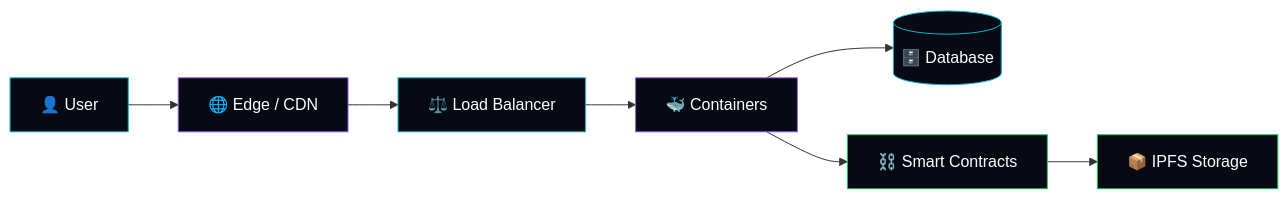
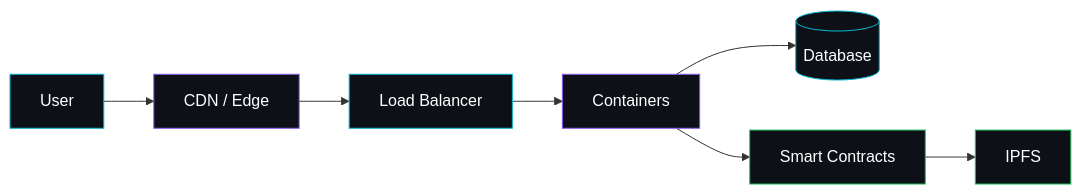
Before and after one commit to angkykurniawan/angkykurniawan: the diagram in README.md, drawn with Mermaid. The commit also changed other lines of this file and 2 other files, not shown here.

````diff
--- a/README.md
+++ b/README.md
@@ -102,16 +33,16 @@
 ```mermaid
 graph LR
-    A[👤 User] --> B[🌐 Edge / CDN]
-    B --> C[⚖️ Load Balancer]
-    C --> D[🐳 Containers]
-    D --> E[(🗄️ Database)]
-    D --> F[⛓️ Smart Contracts]
-    F --> G[📦 IPFS Storage]
-    style A fill:#070a13,stroke:#06b6d4,color:#fff
-    style B fill:#070a13,stroke:#8b5cf6,color:#fff
-    style C fill:#070a13,stroke:#06b6d4,color:#fff
-    style D fill:#070a13,stroke:#8b5cf6,color:#fff
-    style E fill:#070a13,stroke:#06b6d4,color:#fff
-    style F fill:#070a13,stroke:#22c55e,color:#fff
-    style G fill:#070a13,stroke:#22c55e,color:#fff
+    A[User] --> B[CDN / Edge]
+    B --> C[Load Balancer]
+    C --> D[Containers]
+    D --> E[(Database)]
+    D --> F[Smart Contracts]
+    F --> G[IPFS]
+    style A fill:#0d1117,stroke:#06b6d4,color:#fff
+    style B fill:#0d1117,stroke:#8b5cf6,color:#fff
+    style C fill:#0d1117,stroke:#06b6d4,color:#fff
+    style D fill:#0d1117,stroke:#8b5cf6,color:#fff
+    style E fill:#0d1117,stroke:#06b6d4,color:#fff
+    style F fill:#0d1117,stroke:#22c55e,color:#fff
+    style G fill:#0d1117,stroke:#22c55e,color:#fff
 ```
````
